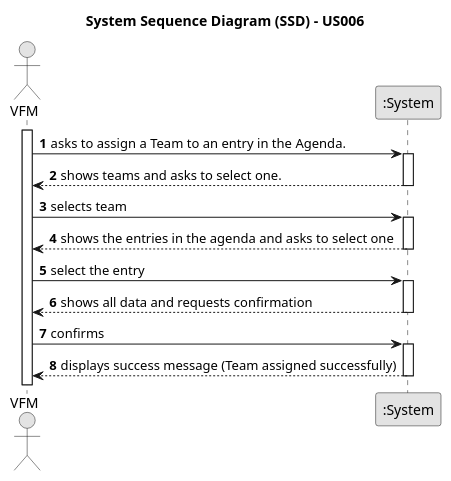
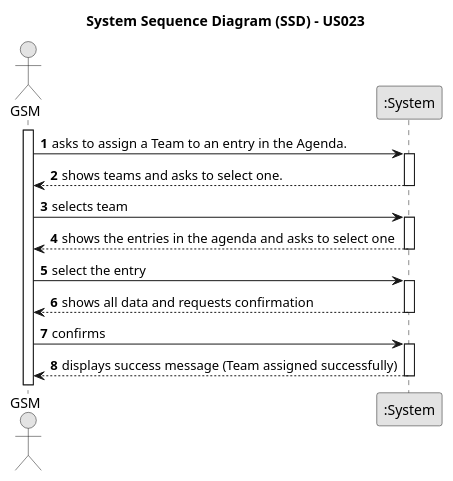
The diagram in docs/sprintC/us023/01.requirements-engineering/puml/us023-system-sequence-diagram-alternative-one.puml (ricardomm7/leaflink), drawn with PlantUML before and after one commit.

Commit message:
#135 US023 SD changes

```diff
--- a/docs/sprintC/us023/01.requirements-engineering/puml/us023-system-sequence-diagram-alternative-one.puml
+++ b/docs/sprintC/us023/01.requirements-engineering/puml/us023-system-sequence-diagram-alternative-one.puml
@@ -1,40 +1,40 @@
 @startuml
 skinparam monochrome true
 skinparam packageStyle rectangle
 skinparam shadowing false
 
-title System Sequence Diagram (SSD) - US006
+title System Sequence Diagram (SSD) - US023
 
 autonumber
 
-actor "VFM" as VFM
+actor "GSM" as GSM
 participant ":System" as System
 
-activate VFM
+activate GSM
 
-    VFM -> System : asks to assign a Team to an entry in the Agenda.
+    GSM -> System : asks to assign a Team to an entry in the Agenda.
     activate System
 
-        System --> VFM : shows teams and asks to select one.
+        System --> GSM : shows teams and asks to select one.
     deactivate System
 
-    VFM -> System : selects team
+    GSM -> System : selects team
 
     activate System
 
-        System --> VFM : shows the entries in the agenda and asks to select one
+        System --> GSM : shows the entries in the agenda and asks to select one
     deactivate System
 
-    VFM -> System : select the entry
+    GSM -> System : select the entry
     activate System
 
-        System --> VFM : shows all data and requests confirmation
+        System --> GSM : shows all data and requests confirmation
     deactivate System
 
-    VFM -> System : confirms
+    GSM -> System : confirms
     activate System
 
-        System --> VFM :  displays success message (Team assigned successfully)
+        System --> GSM :  displays success message (Team assigned successfully)
     deactivate System
 
 @enduml
```
